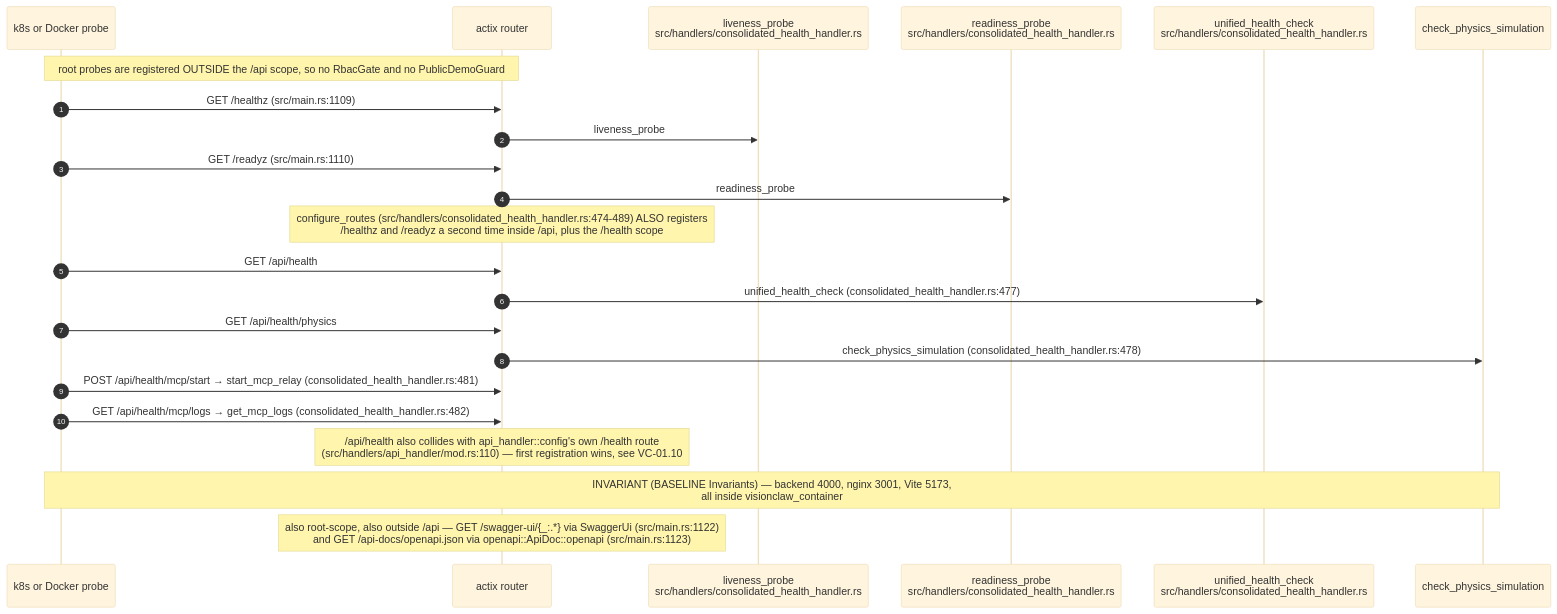
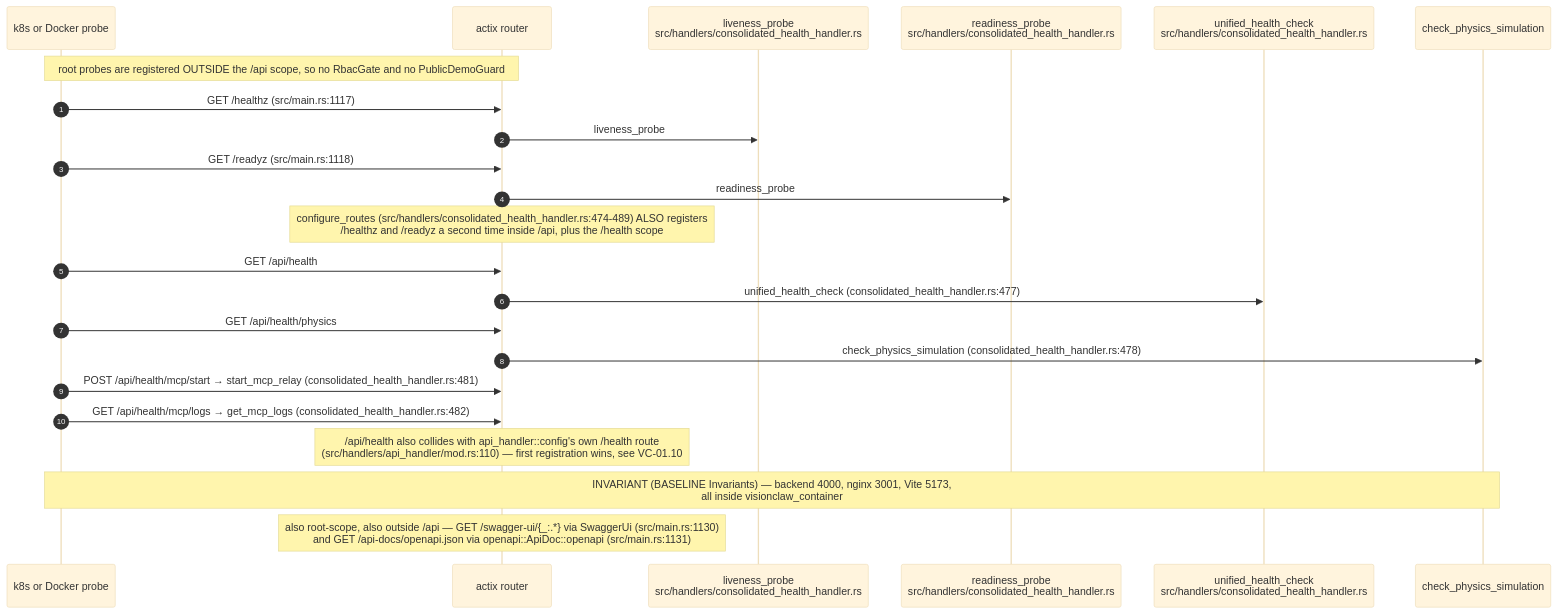
One commit to DreamLab-AI/VisionFlow changed the sixth of 13 diagrams in docs/diagrams/visionclaw/01-boot-and-app-state.md. Above: the diagram before and after it, drawn with Mermaid (base theme). The commit also changed other lines of this file and 56 other files, not shown here.

First line of the commit message:
docs(diagrams): re-verify VisionClaw topics at ec785afa9, add VC-19/56/57 and the VisionClaw register

````diff
--- a/docs/diagrams/visionclaw/01-boot-and-app-state.md
+++ b/docs/diagrams/visionclaw/01-boot-and-app-state.md
@@ -317,26 +331,26 @@
 ```mermaid
 sequenceDiagram
     autonumber
     participant K as k8s or Docker probe
     participant R as actix router
     participant L as liveness_probe<br/>src/handlers/consolidated_health_handler.rs
     participant D as readiness_probe<br/>src/handlers/consolidated_health_handler.rs
     participant U as unified_health_check<br/>src/handlers/consolidated_health_handler.rs
     participant P as check_physics_simulation
 
     Note over K,R: root probes are registered OUTSIDE the /api scope, so no RbacGate and no PublicDemoGuard
-    K->>R: GET /healthz (src/main.rs:1109)
+    K->>R: GET /healthz (src/main.rs:1117)
     R->>L: liveness_probe
-    K->>R: GET /readyz (src/main.rs:1110)
+    K->>R: GET /readyz (src/main.rs:1118)
     R->>D: readiness_probe
     Note over R: configure_routes (src/handlers/consolidated_health_handler.rs:474-489) ALSO registers<br/>/healthz and /readyz a second time inside /api, plus the /health scope
     K->>R: GET /api/health
     R->>U: unified_health_check (consolidated_health_handler.rs:477)
     K->>R: GET /api/health/physics
     R->>P: check_physics_simulation (consolidated_health_handler.rs:478)
     K->>R: POST /api/health/mcp/start → start_mcp_relay (consolidated_health_handler.rs:481)
     K->>R: GET /api/health/mcp/logs → get_mcp_logs (consolidated_health_handler.rs:482)
     Note over R: /api/health also collides with api_handler::config's own /health route<br/>(src/handlers/api_handler/mod.rs:110) — first registration wins, see VC-01.10
     Note over K,P: INVARIANT (BASELINE Invariants) — backend 4000, nginx 3001, Vite 5173,<br/>all inside visionclaw_container
-    Note over R: also root-scope, also outside /api — GET /swagger-ui/{_:.*} via SwaggerUi (src/main.rs:1122)<br/>and GET /api-docs/openapi.json via openapi::ApiDoc::openapi (src/main.rs:1123)
+    Note over R: also root-scope, also outside /api — GET /swagger-ui/{_:.*} via SwaggerUi (src/main.rs:1130)<br/>and GET /api-docs/openapi.json via openapi::ApiDoc::openapi (src/main.rs:1131)
 ```
````
